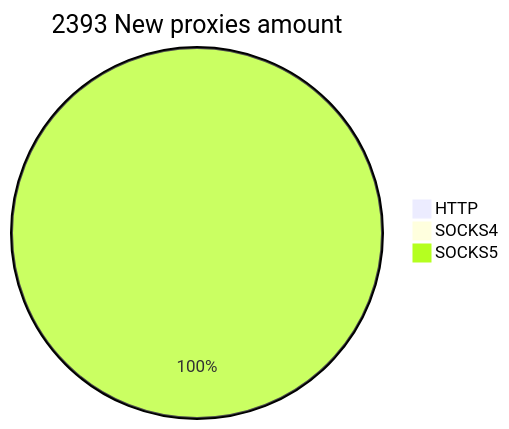
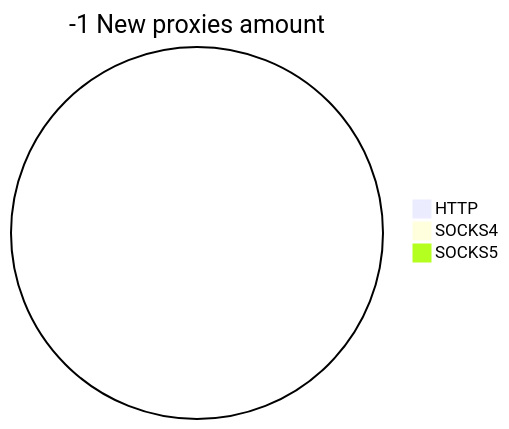
One commit to cutipu/proxylist changed the second of 2 diagrams in README.md. Above: the diagram before and after it, drawn with Mermaid. The commit also changed other lines of this file, not shown here.

````diff
--- a/README.md
+++ b/README.md
@@ -10,6 +10,6 @@
 ```mermaid
-pie title 2393 New proxies amount
-    "HTTP" : 5
-    "SOCKS4" : 2
-    "SOCKS5" : 2386
+pie title -1 New proxies amount
+    "HTTP" : 0
+    "SOCKS4" : 0
+    "SOCKS5" : 0
 ```
````
